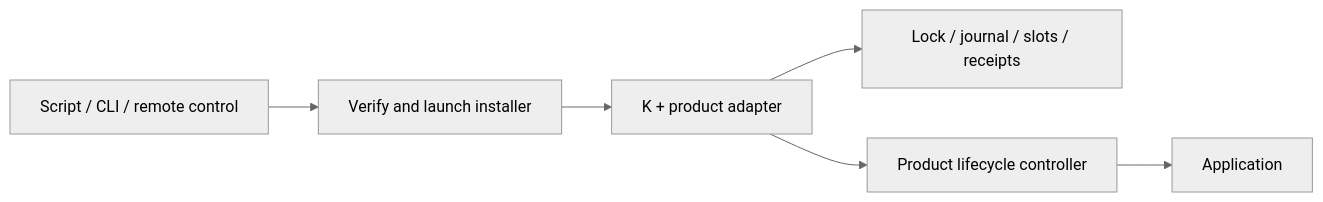
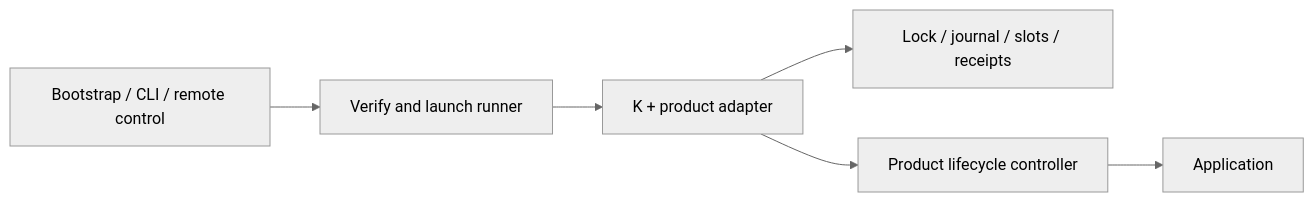
The diagram in docs/design.md (botiverse/k-carrier), drawn with Mermaid (neutral theme) before and after one commit. The commit also changed other lines of this file and 10 other files, not shown here.

````diff
--- a/docs/design.md
+++ b/docs/design.md
@@ -9,8 +11,8 @@
 ```mermaid
 flowchart LR
-  Entry[Script / CLI / remote control] --> Launcher[Verify and launch installer]
-  Launcher --> Runner[K + product adapter]
-  Runner --> State[Lock / journal / slots / receipts]
-  Runner --> Controller[Product lifecycle controller]
+  Entry[Bootstrap / CLI / remote control] --> Supervisor[Verify and launch runner]
+  Supervisor --> Worker[K + product adapter]
+  Worker --> State[Lock / journal / slots / receipts]
+  Worker --> Controller[Product lifecycle controller]
   Controller --> App[Application]
 ```
````
